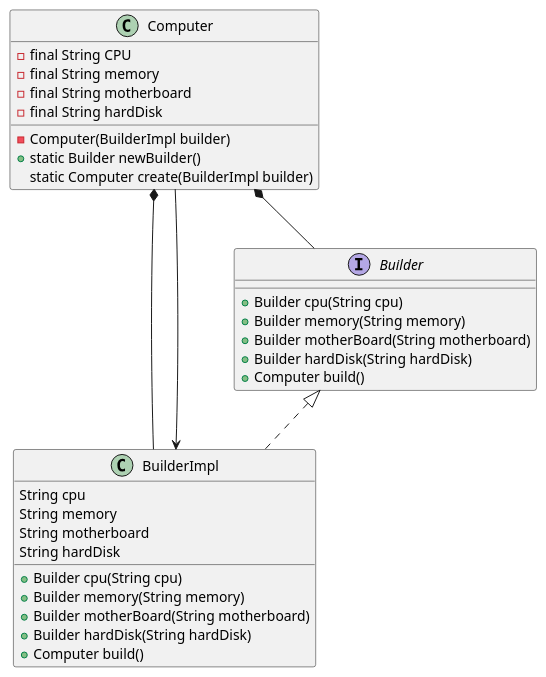
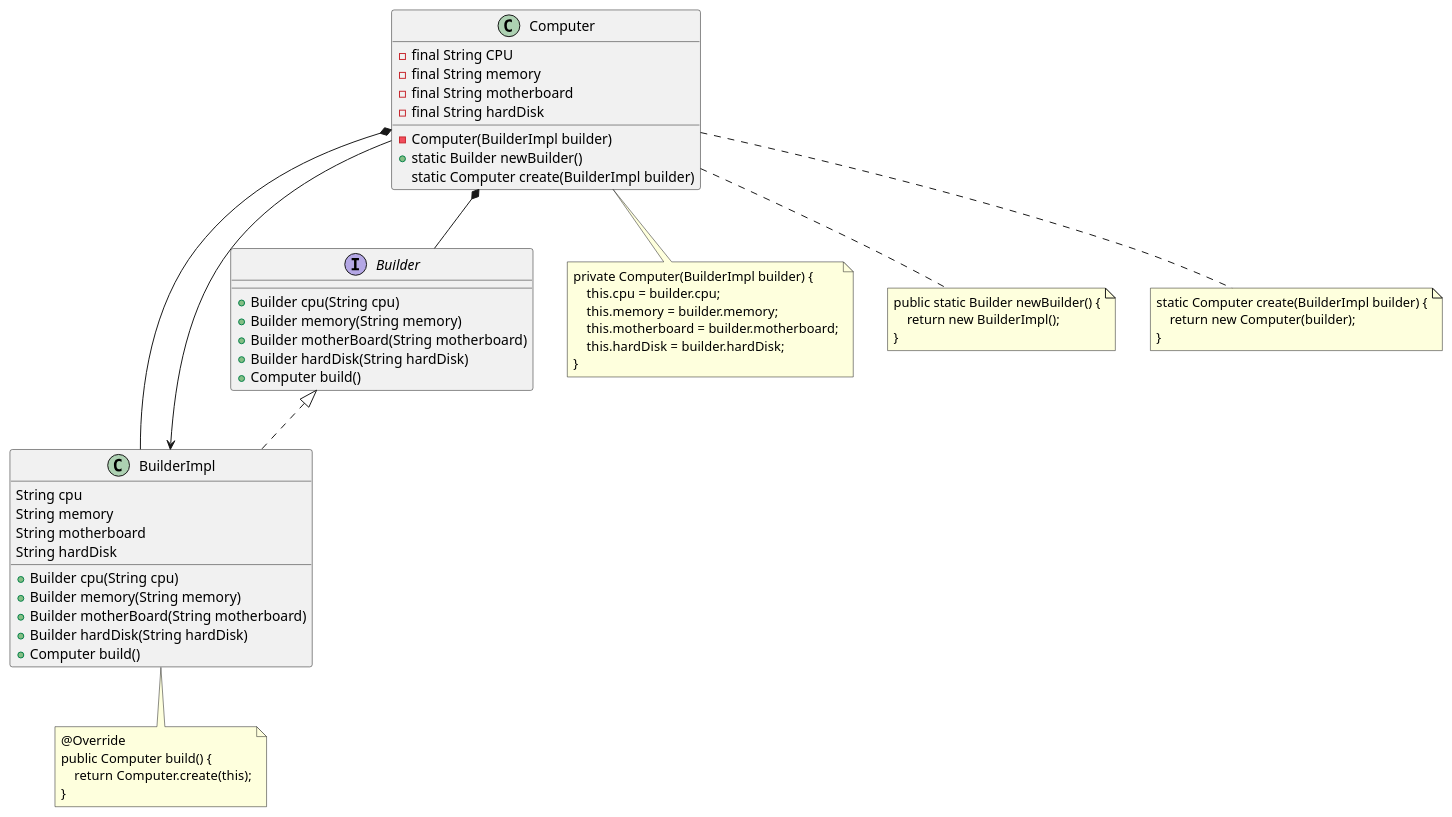
The diagram in spring-cloud-design-pattern/creation-builder-pattern/src/main/resources/static/demo/current/diagram-demo.puml (sunnyzhy/Design-pattern), drawn with PlantUML before and after one commit. The commit also changed 3 other files, not shown here.

```diff
--- a/spring-cloud-design-pattern/creation-builder-pattern/src/main/resources/static/demo/current/diagram-demo.puml
+++ b/spring-cloud-design-pattern/creation-builder-pattern/src/main/resources/static/demo/current/diagram-demo.puml
@@ -1,39 +1,72 @@
 @startuml
 
 Computer *-- BuilderImpl
 Computer *-- Builder
 BuilderImpl <-- Computer
 
 class Computer {
   -final String CPU
   -final String memory
   -final String motherboard
   -final String hardDisk
 
   -Computer(BuilderImpl builder)
   +static Builder newBuilder()
   static Computer create(BuilderImpl builder)
 }
 
 interface Builder {
   +Builder cpu(String cpu)
   +Builder memory(String memory)
   +Builder motherBoard(String motherboard)
   +Builder hardDisk(String hardDisk)
   +Computer build()
 }
 
 class BuilderImpl implements Builder {
   String cpu
   String memory
   String motherboard
   String hardDisk
 
   +Builder cpu(String cpu)
   +Builder memory(String memory)
   +Builder motherBoard(String motherboard)
   +Builder hardDisk(String hardDisk)
   +Computer build()
 }
 
+note as N1
+    private Computer(BuilderImpl builder) {
+        this.cpu = builder.cpu;
+        this.memory = builder.memory;
+        this.motherboard = builder.motherboard;
+        this.hardDisk = builder.hardDisk;
+    }
+end note
+
+note as N2
+    public static Builder newBuilder() {
+        return new BuilderImpl();
+    }
+end note
+
+note as N3
+    static Computer create(BuilderImpl builder) {
+        return new Computer(builder);
+    }
+end note
+
+note as M
+    @Override
+    public Computer build() {
+        return Computer.create(this);
+    }
+end note
+
+Computer .. N1
+Computer .. N2
+Computer .. N3
+BuilderImpl .. M
+
 @enduml
```
